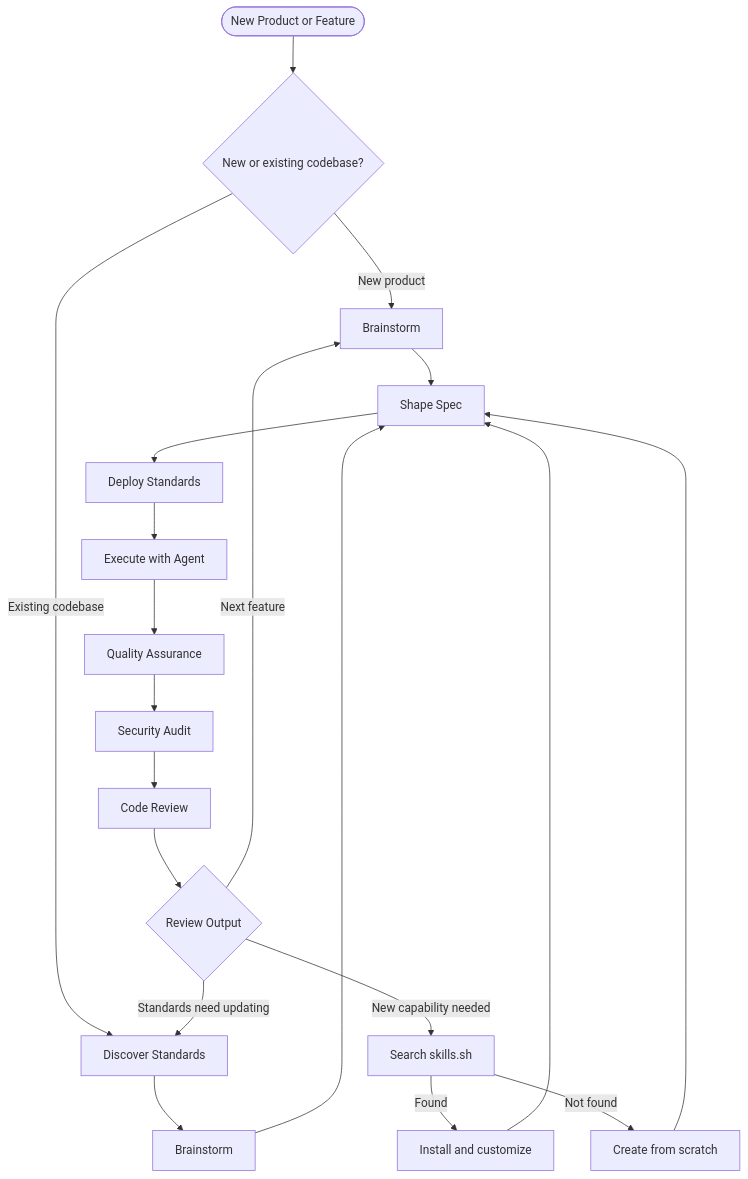
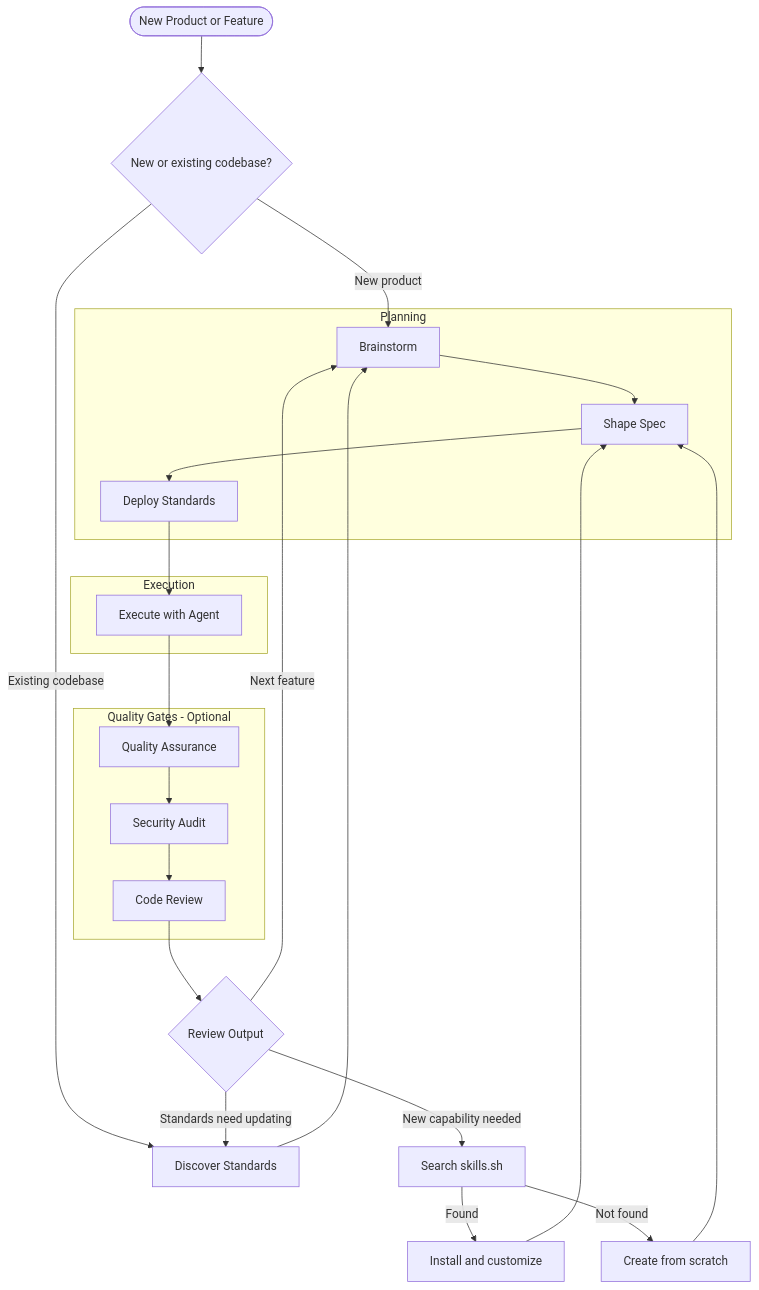
One commit to gj1342/blueprint-os changed the diagram in README.md. Above: the diagram before and after it, drawn with Mermaid.

Commit message:
docs: Refactor README workflow diagram to organize planning, execution, and quality gates into subgraphs for improved clarity

````diff
--- a/README.md
+++ b/README.md
@@ -23,22 +23,31 @@
 ```mermaid
 flowchart TD
     Start([New Product or Feature]) --> IsNew{New or existing codebase?}
     IsNew -->|New product| Brainstorm[Brainstorm]
     IsNew -->|Existing codebase| DiscoverStandards[Discover Standards]
-    DiscoverStandards --> BrainstormExisting[Brainstorm]
-    Brainstorm --> ShapeSpec[Shape Spec]
-    BrainstormExisting --> ShapeSpec
-    ShapeSpec --> DeployStandards[Deploy Standards]
-    DeployStandards --> Execute[Execute with Agent]
-    Execute --> QA[Quality Assurance]
-    QA --> SEC[Security Audit]
-    SEC --> REV[Code Review]
+    DiscoverStandards --> Brainstorm
+
+    subgraph planning [Planning]
+        Brainstorm --> ShapeSpec[Shape Spec]
+        ShapeSpec --> DeployStandards[Deploy Standards]
+    end
+
+    subgraph execution [Execution]
+        DeployStandards --> Execute[Execute with Agent]
+    end
+
+    subgraph qualityGates [Quality Gates - Optional]
+        Execute --> QA[Quality Assurance]
+        QA --> SEC[Security Audit]
+        SEC --> REV[Code Review]
+    end
+
     REV --> Review{Review Output}
     Review -->|Standards need updating| DiscoverStandards
     Review -->|Next feature| Brainstorm
     Review -->|New capability needed| SearchSkillssh[Search skills.sh]
     SearchSkillssh -->|Found| InstallSkill[Install and customize]
     SearchSkillssh -->|Not found| CreateSkill[Create from scratch]
     InstallSkill --> ShapeSpec
     CreateSkill --> ShapeSpec
 ```
````
